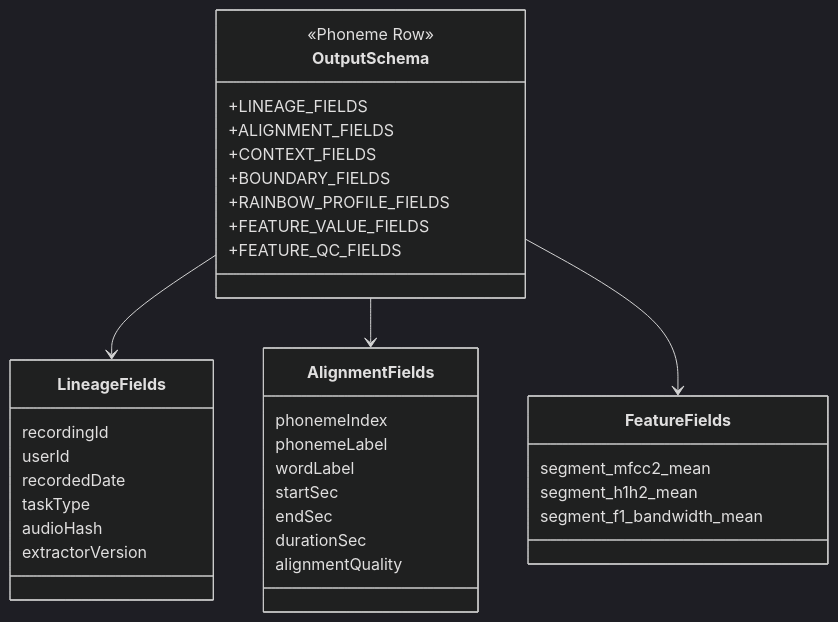
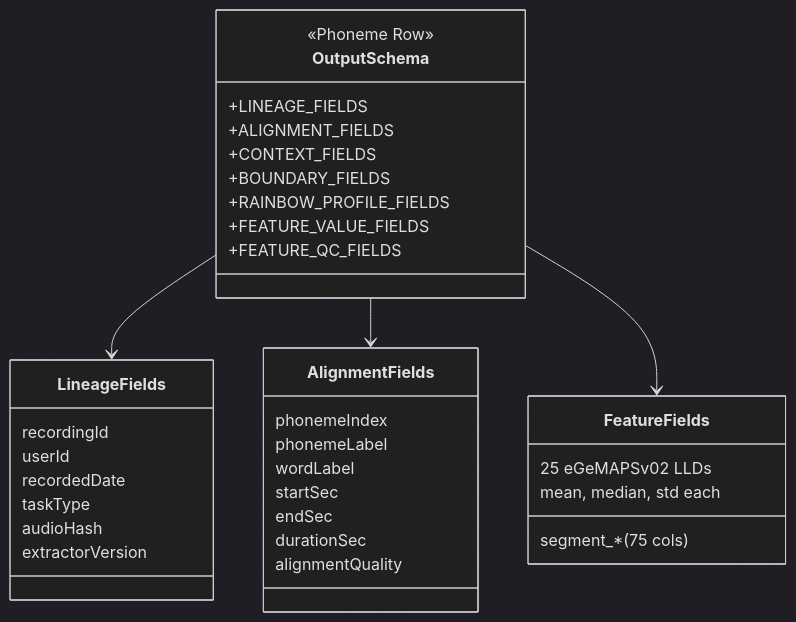
Before and after one commit to PoisonIvory/voice_feature_extraction: the third of 13 diagrams in docs/PHONEME_PROSODY_EXPERIMENT_GUIDE.md, drawn with Mermaid (dark theme). The commit also changed other lines of this file and 15 other files, not shown here.

````diff
--- a/docs/PHONEME_PROSODY_EXPERIMENT_GUIDE.md
+++ b/docs/PHONEME_PROSODY_EXPERIMENT_GUIDE.md
@@ -124,42 +124,42 @@
 ```mermaid
 classDiagram
     class OutputSchema {
         <<Phoneme Row>>
         +LINEAGE_FIELDS
         +ALIGNMENT_FIELDS
         +CONTEXT_FIELDS
         +BOUNDARY_FIELDS
         +RAINBOW_PROFILE_FIELDS
         +FEATURE_VALUE_FIELDS
         +FEATURE_QC_FIELDS
     }
     
     class LineageFields {
         recordingId
         userId
         recordedDate
         taskType
         audioHash
         extractorVersion
     }
     
     class AlignmentFields {
         phonemeIndex
         phonemeLabel
         wordLabel
         startSec
         endSec
         durationSec
         alignmentQuality
     }
     
     class FeatureFields {
-        segment_mfcc2_mean
-        segment_h1h2_mean
-        segment_f1_bandwidth_mean
+        segment_* (75 cols)
+        25 eGeMAPSv02 LLDs
+        mean, median, std each
     }
     
     OutputSchema --> LineageFields
     OutputSchema --> AlignmentFields
     OutputSchema --> FeatureFields
 ```
````
